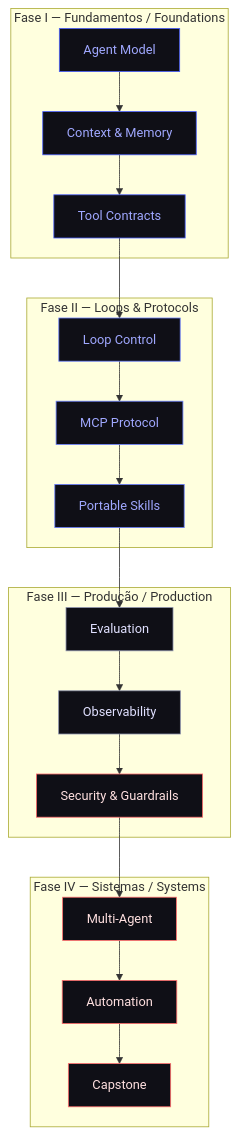
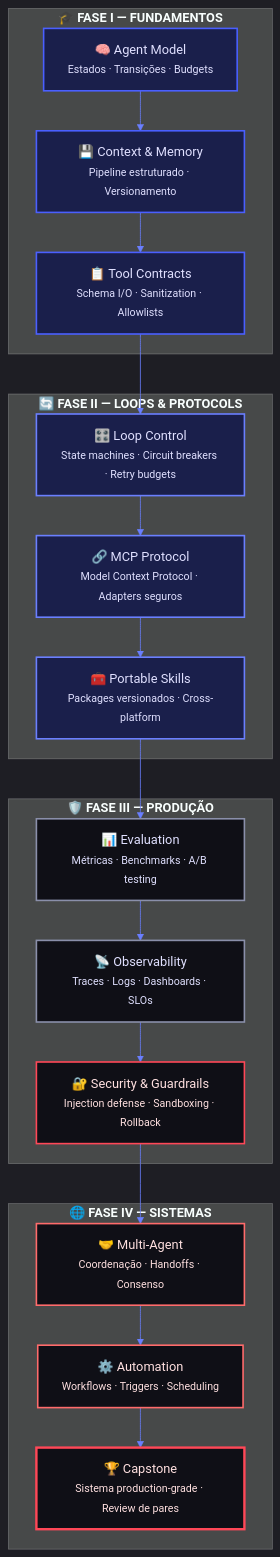
The first of 2 diagrams in README.md (matheusflorindo32/nexus-agent-engineering-academy), drawn with Mermaid before and after one commit. The commit also changed other lines of this file, not shown here.

First line of the commit message:
docs: deploy v2 README — enterprise-grade with problem-statement, personas, and curriculum-as-product

````diff
--- a/README.md
+++ b/README.md
@@ -85,41 +102,42 @@
 ```mermaid
+%%{init: {'theme': 'dark', 'themeVariables': { 'primaryColor': '#1a1f4b', 'primaryTextColor': '#e0e0ff', 'primaryBorderColor': '#4a5fff', 'lineColor': '#6a7fff', 'secondaryColor': '#0f0f16', 'tertiaryColor': '#ff4757'}}}%%
 graph TB
-    subgraph "Fase I — Fundamentos / Foundations"
-        I1[Agent Model]
-        I2[Context & Memory]
-        I3[Tool Contracts]
+    subgraph "<b>🎓 FASE I — FUNDAMENTOS</b>"
+        I1["🧠 Agent Model<br/><small>Estados · Transições · Budgets</small>"]
+        I2["💾 Context & Memory<br/><small>Pipeline estruturado · Versionamento</small>"]
+        I3["📋 Tool Contracts<br/><small>Schema I/O · Sanitization · Allowlists</small>"]
     end
 
-    subgraph "Fase II — Loops & Protocols"
-        II1[Loop Control]
-        II2[MCP Protocol]
-        II3[Portable Skills]
+    subgraph "<b>🔄 FASE II — LOOPS & PROTOCOLS</b>"
+        II1["🎛️ Loop Control<br/><small>State machines · Circuit breakers · Retry budgets</small>"]
+        II2["🔗 MCP Protocol<br/><small>Model Context Protocol · Adapters seguros</small>"]
+        II3["🧰 Portable Skills<br/><small>Packages versionados · Cross-platform</small>"]
     end
 
-    subgraph "Fase III — Produção / Production"
-        III1[Evaluation]
-        III2[Observability]
-        III3[Security & Guardrails]
+    subgraph "<b>🛡️ FASE III — PRODUÇÃO</b>"
+        III1["📊 Evaluation<br/><small>Métricas · Benchmarks · A/B testing</small>"]
+        III2["📡 Observability<br/><small>Traces · Logs · Dashboards · SLOs</small>"]
+        III3["🔐 Security & Guardrails<br/><small>Injection defense · Sandboxing · Rollback</small>"]
     end
 
-    subgraph "Fase IV — Sistemas / Systems"
-        IV1[Multi-Agent]
-        IV2[Automation]
-        IV3[Capstone]
+    subgraph "<b>🌐 FASE IV — SISTEMAS</b>"
+        IV1["🤝 Multi-Agent<br/><small>Coordenação · Handoffs · Consenso</small>"]
+        IV2["⚙️ Automation<br/><small>Workflows · Triggers · Scheduling</small>"]
+        IV3["🏆 Capstone<br/><small>Sistema production-grade · Review de pares</small>"]
     end
 
     I1 --> I2 --> I3 --> II1 --> II2 --> II3 --> III1 --> III2 --> III3 --> IV1 --> IV2 --> IV3
 
-    style I1 fill:#0f0f16,stroke:#4a5fff,color:#a0a8ff
-    style I2 fill:#0f0f16,stroke:#4a5fff,color:#a0a8ff
-    style I3 fill:#0f0f16,stroke:#4a5fff,color:#a0a8ff
-    style II1 fill:#0f0f16,stroke:#6a7fff,color:#a0a8ff
-    style II2 fill:#0f0f16,stroke:#6a7fff,color:#a0a8ff
-    style II3 fill:#0f0f16,stroke:#6a7fff,color:#a0a8ff
-    style III1 fill:#0f0f16,stroke:#8a8faa,color:#e0e0ff
-    style III2 fill:#0f0f16,stroke:#8a8faa,color:#e0e0ff
-    style III3 fill:#0f0f16,stroke:#ff6b6b,color:#ffe0e0
-    style IV1 fill:#0f0f16,stroke:#ff6b6b,color:#ffe0e0
-    style IV2 fill:#0f0f16,stroke:#ff6b6b,color:#ffe0e0
-    style IV3 fill:#0f0f16,stroke:#ff6b6b,color:#ffe0e0
+    style I1 fill:#1a1f4b,stroke:#4a5fff,color:#e0e0ff,stroke-width:2px
+    style I2 fill:#1a1f4b,stroke:#4a5fff,color:#e0e0ff,stroke-width:2px
+    style I3 fill:#1a1f4b,stroke:#4a5fff,color:#e0e0ff,stroke-width:2px
+    style II1 fill:#1a1f4b,stroke:#6a7fff,color:#e0e0ff,stroke-width:2px
+    style II2 fill:#1a1f4b,stroke:#6a7fff,color:#e0e0ff,stroke-width:2px
+    style II3 fill:#1a1f4b,stroke:#6a7fff,color:#e0e0ff,stroke-width:2px
+    style III1 fill:#0f0f16,stroke:#8a8faa,color:#e0e0ff,stroke-width:2px
+    style III2 fill:#0f0f16,stroke:#8a8faa,color:#e0e0ff,stroke-width:2px
+    style III3 fill:#0f0f16,stroke:#ff4757,color:#ffe0e0,stroke-width:2px
+    style IV1 fill:#0f0f16,stroke:#ff6b6b,color:#ffe0e0,stroke-width:2px
+    style IV2 fill:#0f0f16,stroke:#ff6b6b,color:#ffe0e0,stroke-width:2px
+    style IV3 fill:#0f0f16,stroke:#ff4757,color:#ffe0e0,stroke-width:3px
 ```
````
